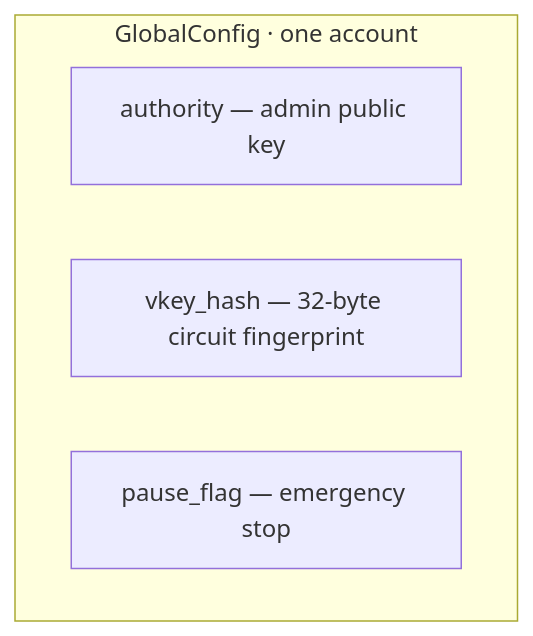
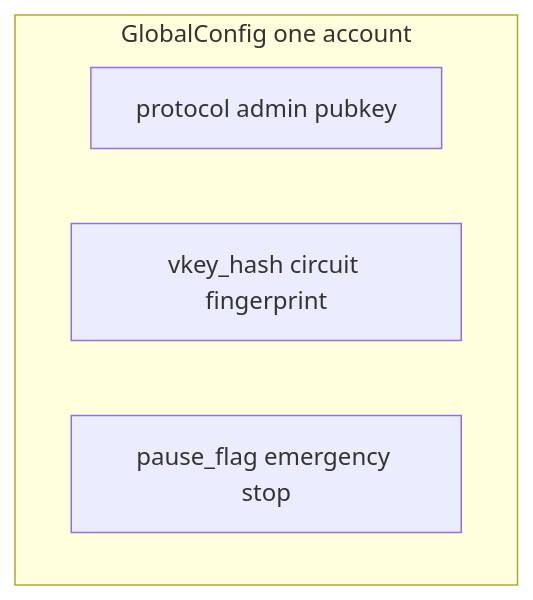
Before and after one commit to pprogrammingg/zk-spot-shield: the third of 8 diagrams in docs/accounts-deep-dive.md, drawn with Mermaid. The commit also changed other lines of this file and 6 other files, not shown here.

Commit message:
docs: protocol admin + phase diags - YES

````diff
--- a/docs/accounts-deep-dive.md
+++ b/docs/accounts-deep-dive.md
@@ -98,8 +98,8 @@
 ```mermaid
 flowchart TB
-  subgraph GC["GlobalConfig · one account"]
-    A["authority — admin public key"]
-    V["vkey_hash — 32-byte circuit fingerprint"]
-    P["pause_flag — emergency stop"]
+  subgraph GC["GlobalConfig one account"]
+    A["protocol admin pubkey"]
+    V["vkey_hash circuit fingerprint"]
+    P["pause_flag emergency stop"]
   end
 ```
````
